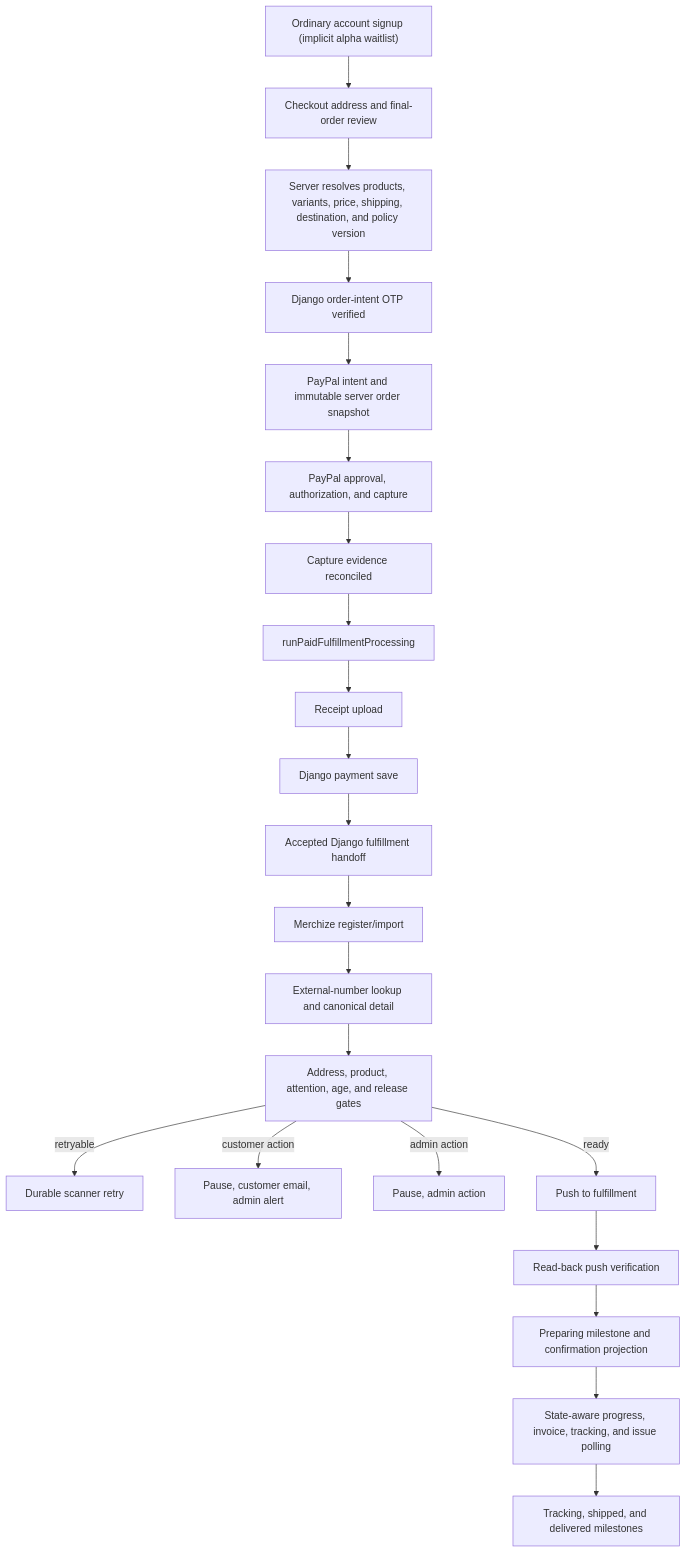
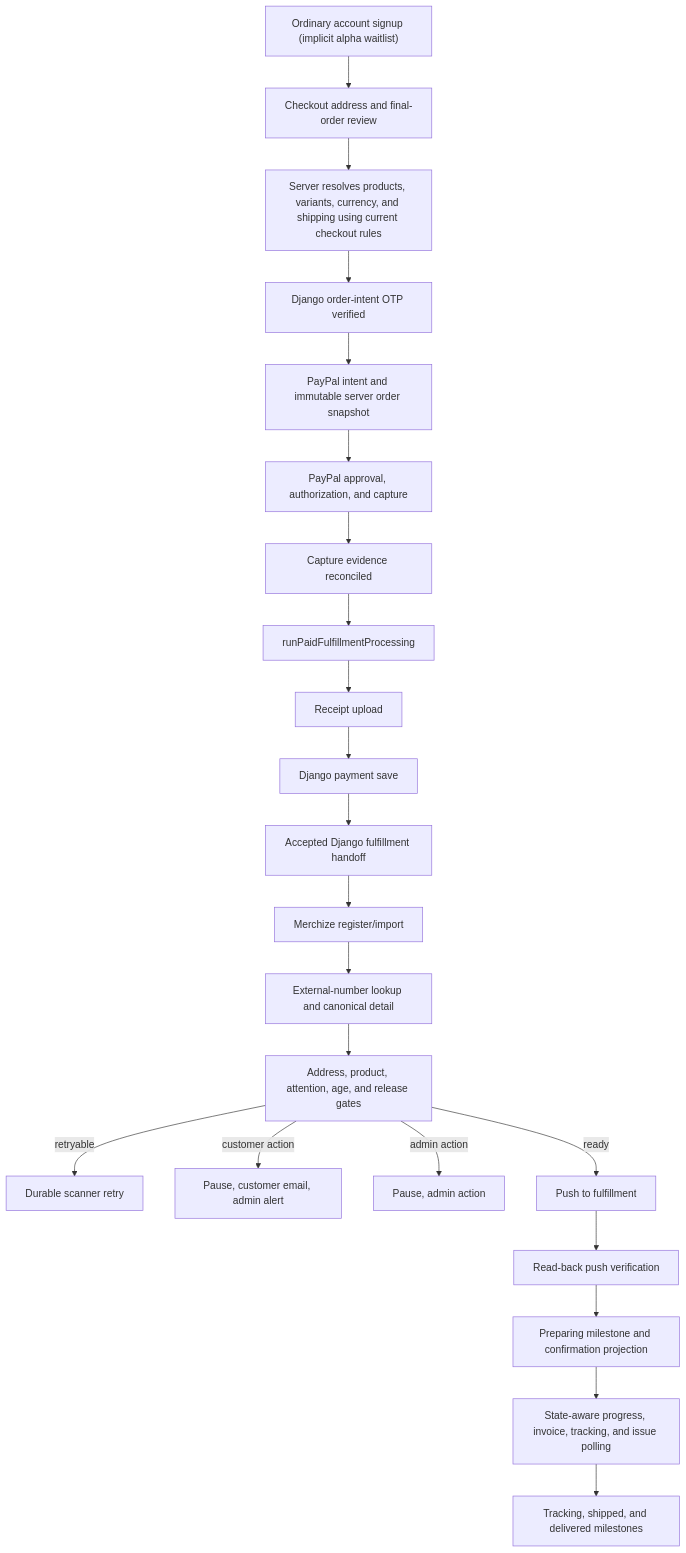
One commit to Codex-Christi/Codex-Christi changed the diagram in Future Implementation Guides/SHOP_ALPHA_ORDER_FLOW_RELEASE_GUIDE.md. Above: the diagram before and after it, drawn with Mermaid. The commit also changed other lines of this file and 77 other files, not shown here.

````diff
--- a/Future Implementation Guides/SHOP_ALPHA_ORDER_FLOW_RELEASE_GUIDE.md
+++ b/Future Implementation Guides/SHOP_ALPHA_ORDER_FLOW_RELEASE_GUIDE.md
@@ -203,24 +259,24 @@
 ```mermaid
 flowchart TD
   A["Ordinary account signup (implicit alpha waitlist)"] --> B["Checkout address and final-order review"]
-  B --> C["Server resolves products, variants, price, shipping, destination, and policy version"]
+  B --> C["Server resolves products, variants, currency, and shipping using current checkout rules"]
   C --> D["Django order-intent OTP verified"]
   D --> E["PayPal intent and immutable server order snapshot"]
   E --> F["PayPal approval, authorization, and capture"]
   F --> G["Capture evidence reconciled"]
   G --> H["runPaidFulfillmentProcessing"]
   H --> I["Receipt upload"]
   I --> J["Django payment save"]
   J --> K["Accepted Django fulfillment handoff"]
   K --> L["Merchize register/import"]
   L --> M["External-number lookup and canonical detail"]
   M --> N["Address, product, attention, age, and release gates"]
   N -->|"retryable"| O["Durable scanner retry"]
   N -->|"customer action"| P["Pause, customer email, admin alert"]
   N -->|"admin action"| Q["Pause, admin action"]
   N -->|"ready"| R["Push to fulfillment"]
   R --> S["Read-back push verification"]
   S --> T["Preparing milestone and confirmation projection"]
   T --> U["State-aware progress, invoice, tracking, and issue polling"]
   U --> V["Tracking, shipped, and delivered milestones"]
 ```
````
